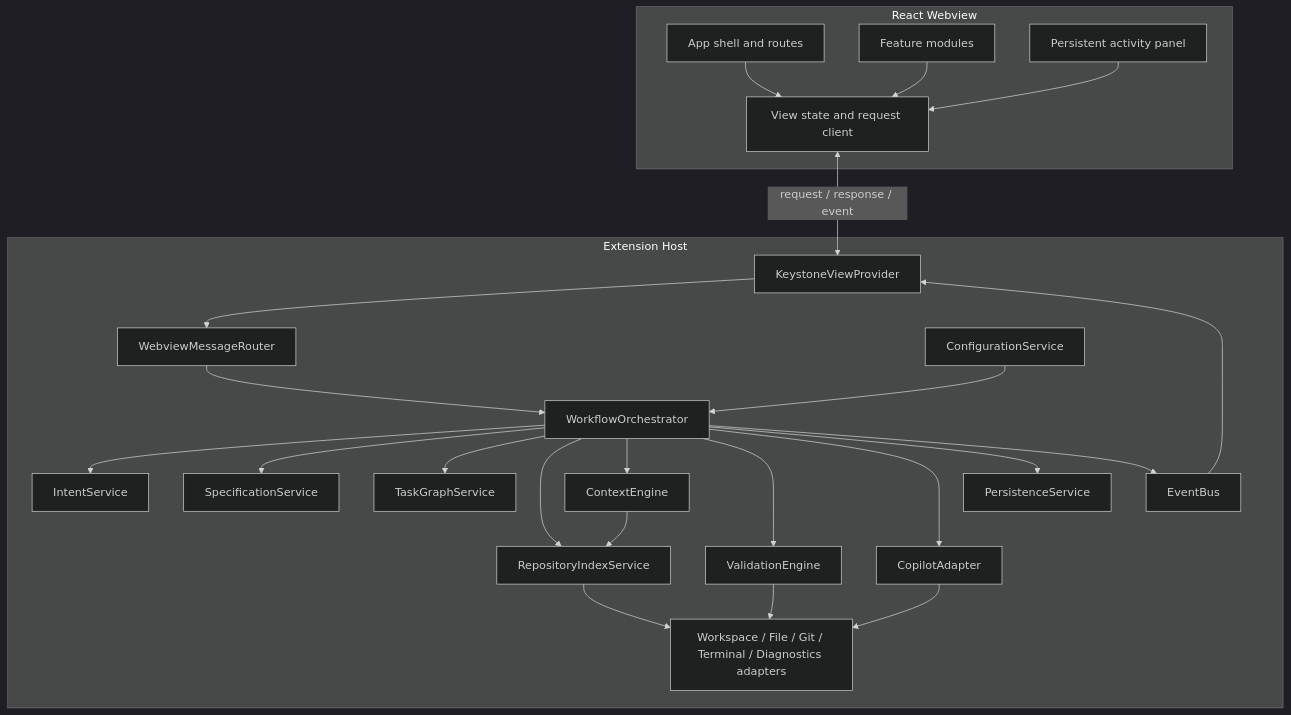
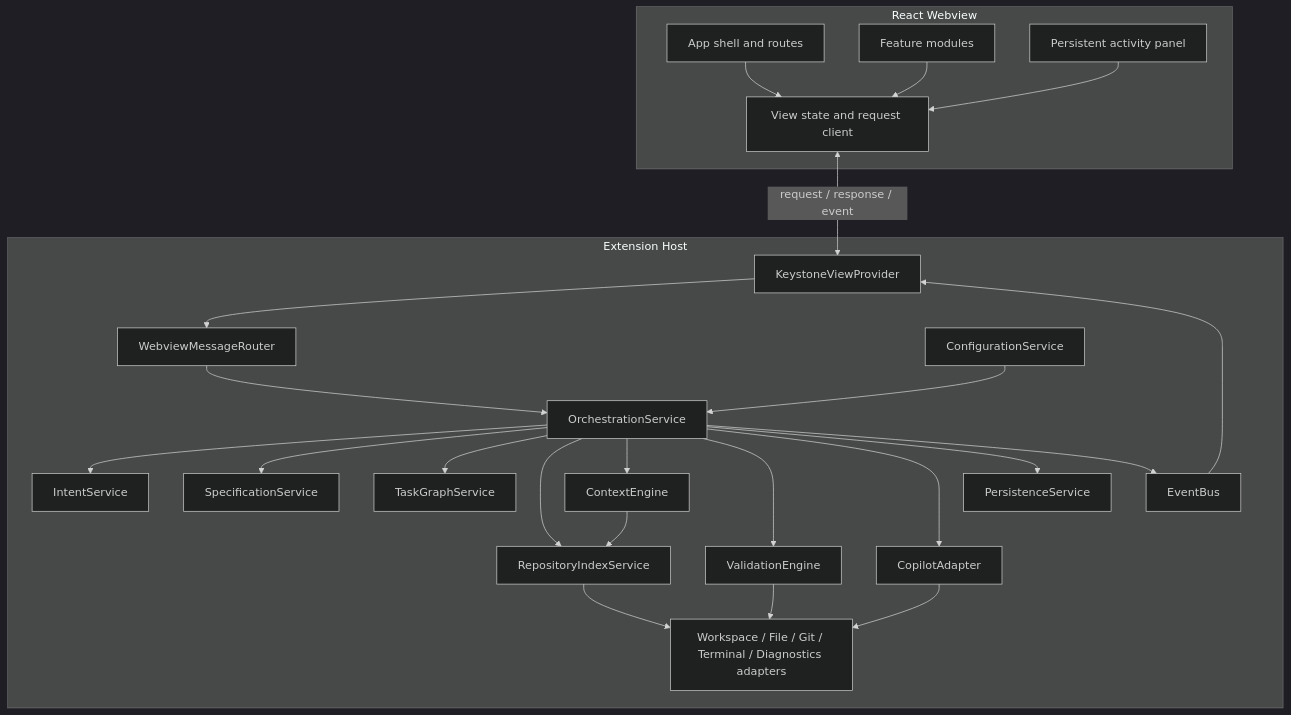
One commit to sudh33rg/keystone changed the second of 3 diagrams in docs/02-architecture.md. Above: the diagram before and after it, drawn with Mermaid (dark theme). The commit also changed other lines of this file and 135 other files, not shown here.

````diff
--- a/docs/02-architecture.md
+++ b/docs/02-architecture.md
@@ -58,48 +60,48 @@
 ```mermaid
 flowchart TB
   subgraph WEB["React Webview"]
     APP["App shell and routes"]
     STATE["View state and request client"]
     FEATURES["Feature modules"]
     ACTIVITY["Persistent activity panel"]
   end
 
   subgraph HOST["Extension Host"]
     PROVIDER["KeystoneViewProvider"]
     ROUTER["WebviewMessageRouter"]
-    ORCH["WorkflowOrchestrator"]
+    ORCH["OrchestrationService"]
     INTENT["IntentService"]
     SPEC["SpecificationService"]
     TASKS["TaskGraphService"]
     INDEX["RepositoryIndexService"]
     CONTEXT["ContextEngine"]
     VALIDATE["ValidationEngine"]
     COPILOT["CopilotAdapter"]
     PERSIST["PersistenceService"]
     EVENTS["EventBus"]
     CONFIG["ConfigurationService"]
     ADAPTERS["Workspace / File / Git / Terminal / Diagnostics adapters"]
   end
 
   APP --> STATE
   FEATURES --> STATE
   ACTIVITY --> STATE
   STATE <-->|"request / response / event"| PROVIDER
   PROVIDER --> ROUTER
   ROUTER --> ORCH
   ORCH --> INTENT
   ORCH --> SPEC
   ORCH --> TASKS
   ORCH --> INDEX
   ORCH --> CONTEXT
   ORCH --> VALIDATE
   ORCH --> COPILOT
   ORCH --> PERSIST
   INDEX --> ADAPTERS
   CONTEXT --> INDEX
   VALIDATE --> ADAPTERS
   COPILOT --> ADAPTERS
   CONFIG --> ORCH
   ORCH --> EVENTS
   EVENTS --> PROVIDER
 ```
````
